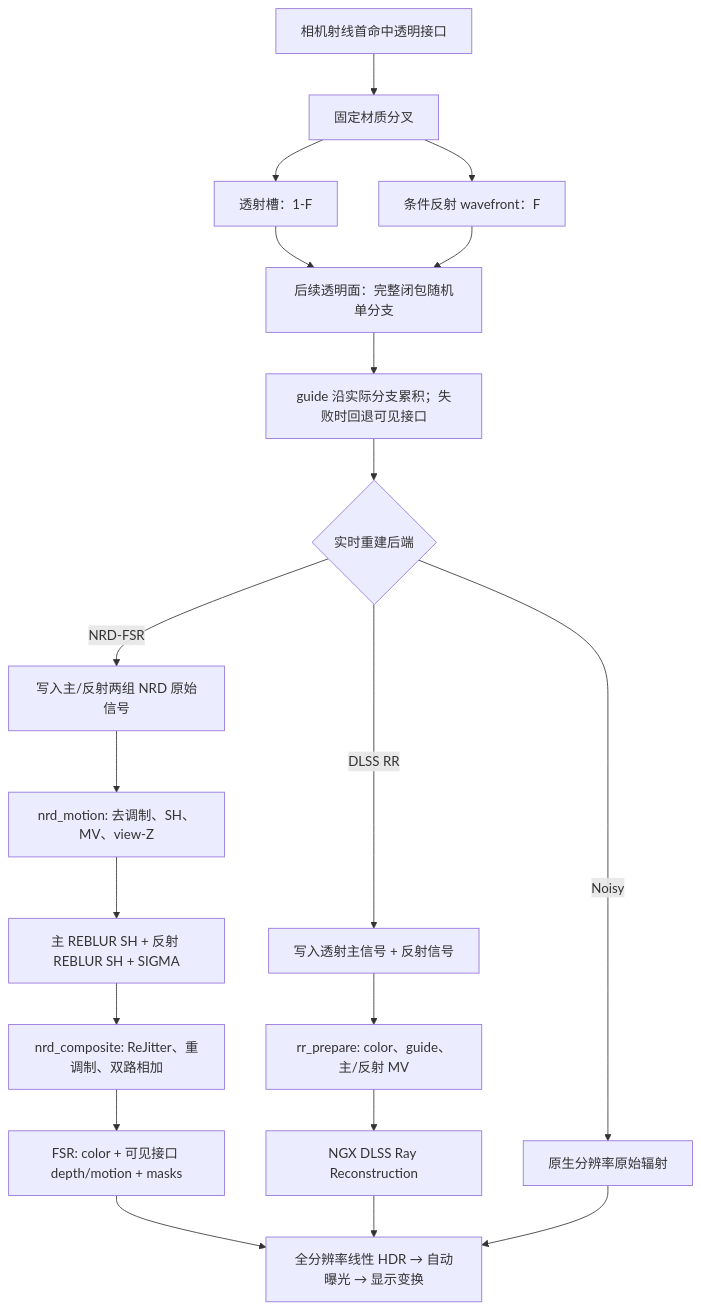
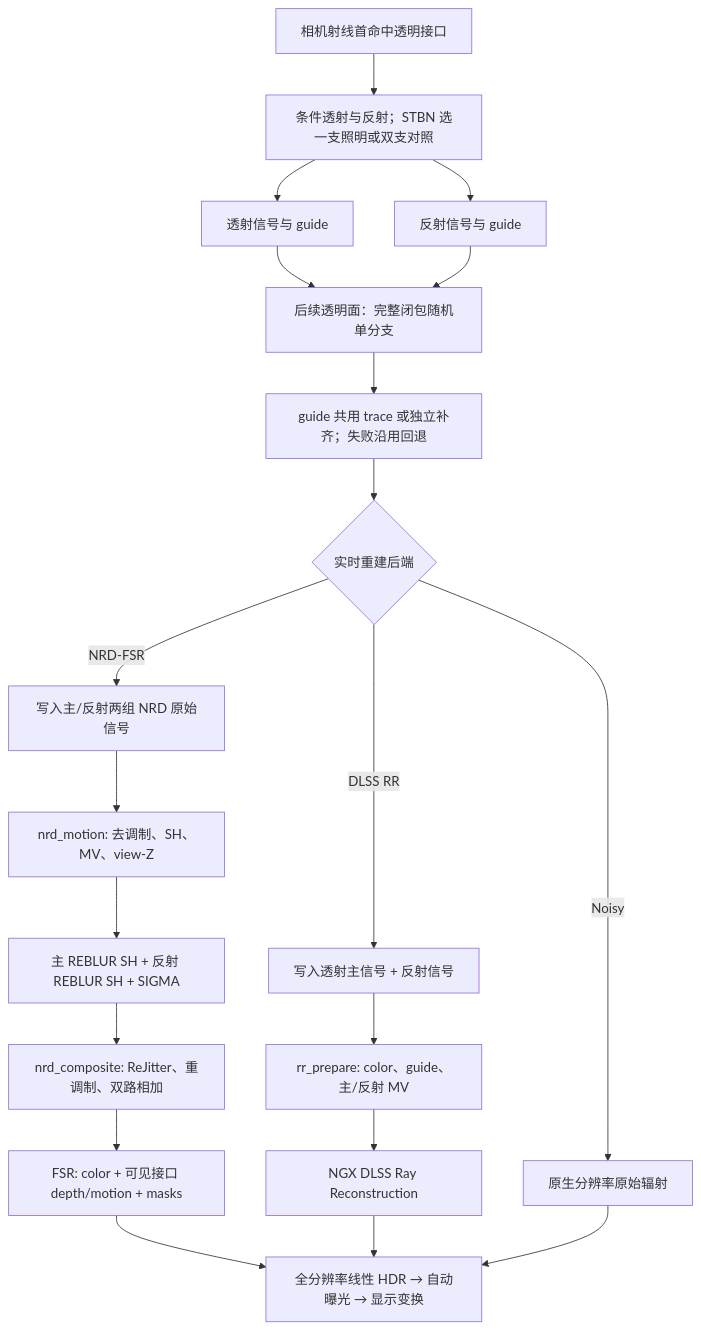
The diagram in docs/透明渲染与实时重建.md (bWFuanVzYWth/prime), drawn with Mermaid before and after one commit. The commit also changed other lines of this file and 110 other files, not shown here.

````diff
--- a/docs/透明渲染与实时重建.md
+++ b/docs/透明渲染与实时重建.md
@@ -107,25 +111,25 @@
 ```mermaid
 flowchart TD
-    A["相机射线首命中透明接口"] --> B["固定材质分叉"]
-    B --> T["透射槽：1-F"]
-    B --> R["条件反射 wavefront：F"]
+    A["相机射线首命中透明接口"] --> B["条件透射与反射；STBN 选一支照明或双支对照"]
+    B --> T["透射信号与 guide"]
+    B --> R["反射信号与 guide"]
     T --> LF["后续透明面：完整闭包随机单分支"]
     R --> LF
-    LF --> M["guide 沿实际分支累积；失败时回退可见接口"]
+    LF --> M["guide 共用 trace 或独立补齐；失败沿用回退"]
     M --> S{"实时重建后端"}
 
     S -->|NRD-FSR| N0["写入主/反射两组 NRD 原始信号"]
     N0 --> N1["nrd_motion: 去调制、SH、MV、view-Z"]
     N1 --> N2["主 REBLUR SH + 反射 REBLUR SH + SIGMA"]
     N2 --> N3["nrd_composite: ReJitter、重调制、双路相加"]
     N3 --> F["FSR: color + 可见接口 depth/motion + masks"]
     F --> D["全分辨率线性 HDR → 自动曝光 → 显示变换"]
 
     S -->|DLSS RR| Q0["写入透射主信号 + 反射信号"]
     Q0 --> Q1["rr_prepare: color、guide、主/反射 MV"]
     Q1 --> Q2["NGX DLSS Ray Reconstruction"]
     Q2 --> D
 
     S -->|Noisy| U0["原生分辨率原始辐射"]
     U0 --> D
 ```
````
